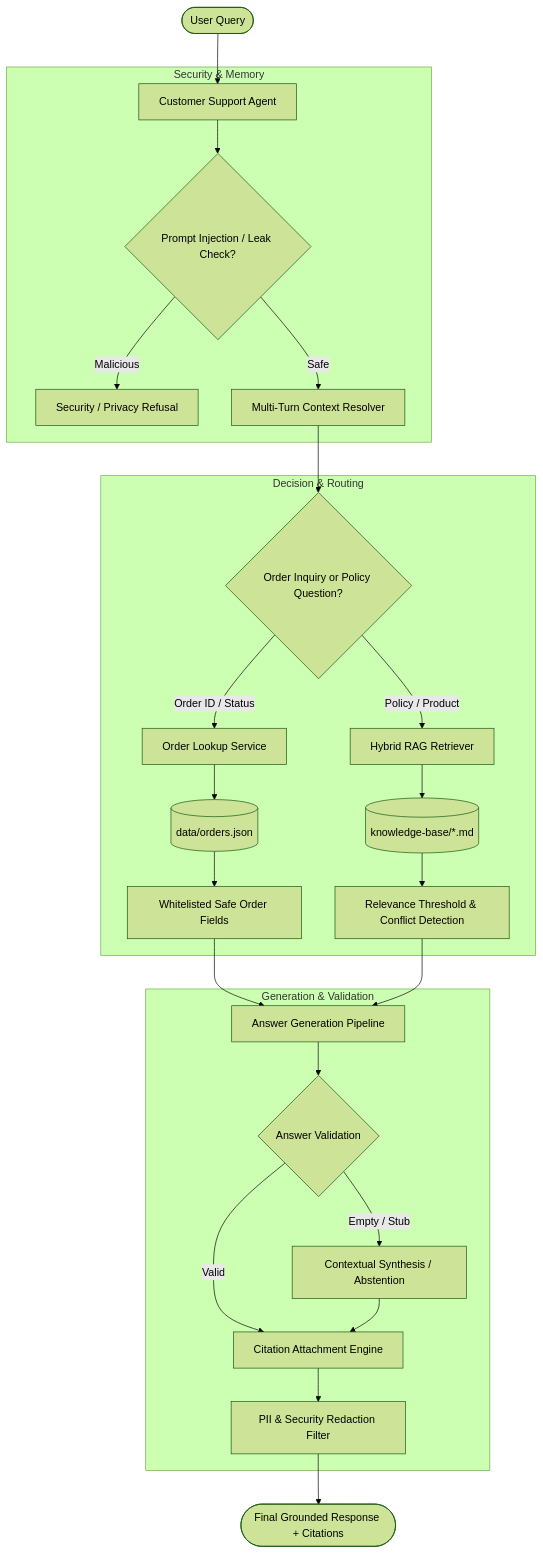
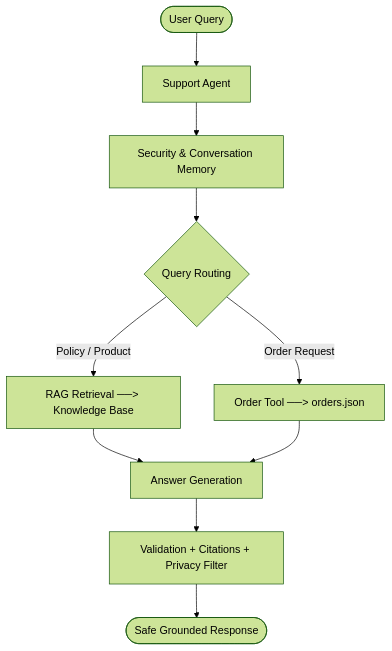
Before and after one commit to Ashu4495/Reliable-RAG-Support-Agent: the diagram in README.md, drawn with Mermaid (forest theme). The commit also changed other lines of this file, not shown here.

````diff
--- a/README.md
+++ b/README.md
@@ -51,34 +45,12 @@
 ```mermaid
 flowchart TD
-    User([User Query]) --> Agent[Customer Support Agent]
-    
-    subgraph Security & Memory
-        Agent --> SecCheck{Prompt Injection / Leak Check?}
-        SecCheck -- Malicious --> Refusal[Security / Privacy Refusal]
-        SecCheck -- Safe --> Mem[Multi-Turn Context Resolver]
-    end
-
-    subgraph Decision & Routing
-        Mem --> Router{Order Inquiry or Policy Question?}
-        
-        Router -- Order ID / Status --> Tool[Order Lookup Service]
-        Tool --> OrdersDB[(data/orders.json)]
-        OrdersDB --> ToolResult[Whitelisted Safe Order Fields]
-        
-        Router -- Policy / Product --> Retriever[Hybrid RAG Retriever]
-        Retriever --> KB[(knowledge-base/*.md)]
-        KB --> Filter[Relevance Threshold & Conflict Detection]
-    end
-
-    subgraph Generation & Validation
-        ToolResult --> Generator[Answer Generation Pipeline]
-        Filter --> Generator
-        Generator --> Validator{Answer Validation}
-        Validator -- Valid --> CitationGen[Citation Attachment Engine]
-        Validator -- Empty / Stub --> Fallback[Contextual Synthesis / Abstention]
-        Fallback --> CitationGen
-        CitationGen --> Redactor[PII & Security Redaction Filter]
-    end
-
-    Redactor --> FinalResponse([Final Grounded Response + Citations])
+    User([User Query]) --> Agent[Support Agent]
+    Agent --> Sec[Security & Conversation Memory]
+    Sec --> Router{Query Routing}
+    Router -- Policy / Product --> RAG[RAG Retrieval ──> Knowledge Base]
+    Router -- Order Request --> Tool[Order Tool ──> orders.json]
+    RAG --> Gen[Answer Generation]
+    Tool --> Gen
+    Gen --> Post[Validation + Citations + Privacy Filter]
+    Post --> Resp([Safe Grounded Response])
 ```
````
